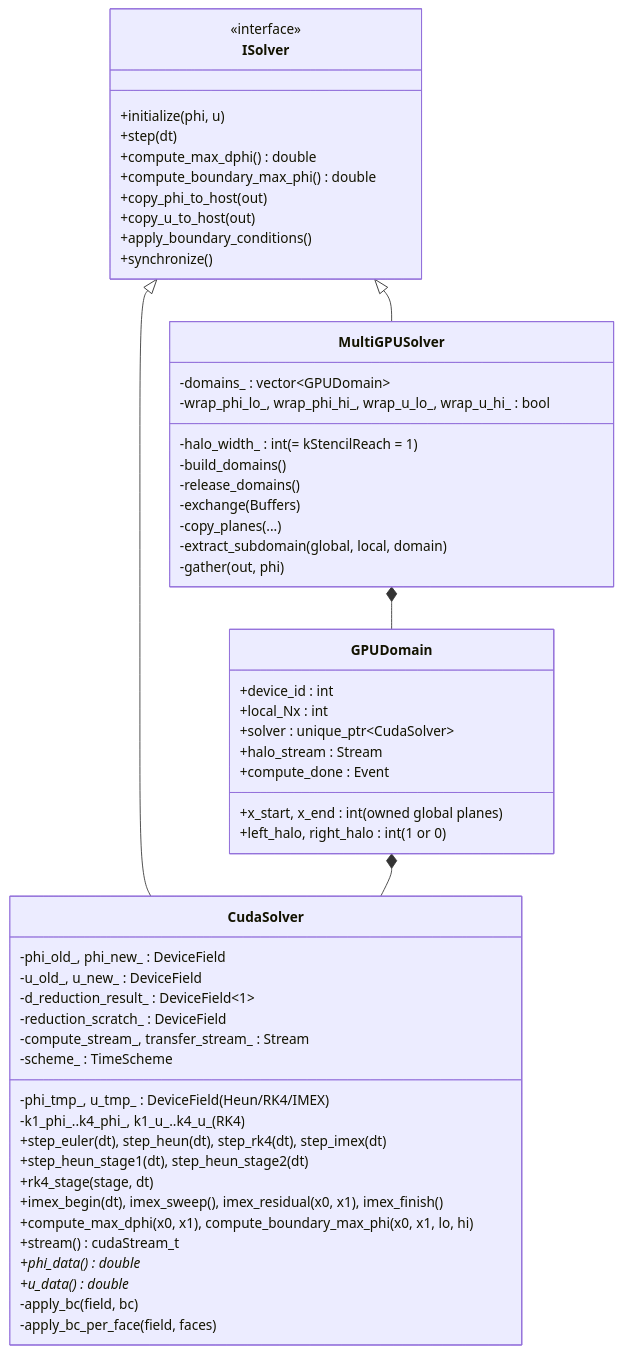
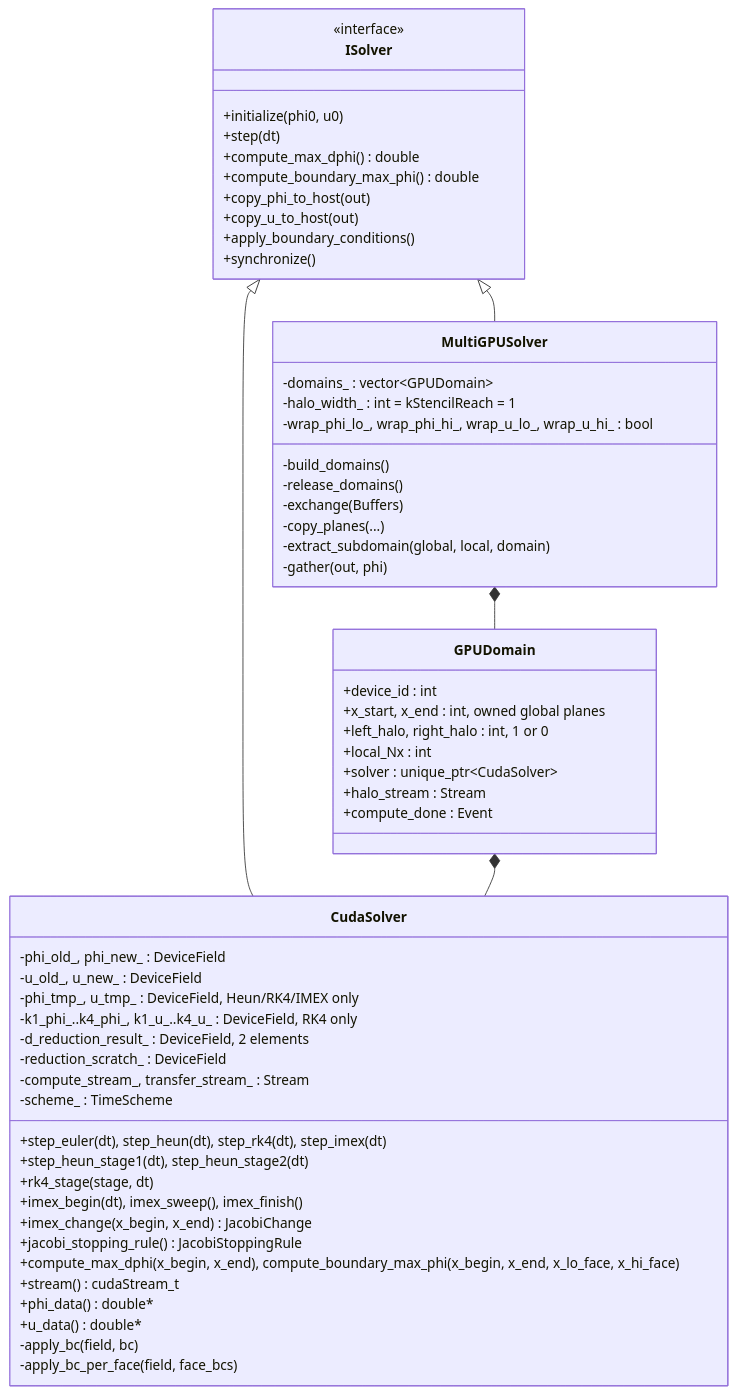
The fourth of 9 diagrams in docs/ARCHITECTURE.md (myousefi2016/Allen-Cahn-CUDA), drawn with Mermaid before and after one commit. The commit also changed other lines of this file and 15 other files, not shown here.

````diff
--- a/docs/ARCHITECTURE.md
+++ b/docs/ARCHITECTURE.md
@@ -207,62 +207,64 @@
 ```mermaid
 classDiagram
     class ISolver {
         <<interface>>
-        +initialize(phi, u)
+        +initialize(phi0, u0)
         +step(dt)
         +compute_max_dphi() double
         +compute_boundary_max_phi() double
         +copy_phi_to_host(out)
         +copy_u_to_host(out)
         +apply_boundary_conditions()
         +synchronize()
     }
 
     class CudaSolver {
         -phi_old_, phi_new_ : DeviceField
         -u_old_, u_new_ : DeviceField
-        -phi_tmp_, u_tmp_ : DeviceField  (Heun/RK4/IMEX)
-        -k1_phi_..k4_phi_, k1_u_..k4_u_  (RK4)
-        -d_reduction_result_ : DeviceField~1~
+        -phi_tmp_, u_tmp_ : DeviceField, Heun/RK4/IMEX only
+        -k1_phi_..k4_phi_, k1_u_..k4_u_ : DeviceField, RK4 only
+        -d_reduction_result_ : DeviceField, 2 elements
         -reduction_scratch_  : DeviceField
         -compute_stream_, transfer_stream_ : Stream
         -scheme_ : TimeScheme
         +step_euler(dt), step_heun(dt), step_rk4(dt), step_imex(dt)
         +step_heun_stage1(dt), step_heun_stage2(dt)
         +rk4_stage(stage, dt)
-        +imex_begin(dt), imex_sweep(), imex_residual(x0, x1), imex_finish()
-        +compute_max_dphi(x0, x1), compute_boundary_max_phi(x0, x1, lo, hi)
+        +imex_begin(dt), imex_sweep(), imex_finish()
+        +imex_change(x_begin, x_end) JacobiChange
+        +jacobi_stopping_rule() JacobiStoppingRule
+        +compute_max_dphi(x_begin, x_end), compute_boundary_max_phi(x_begin, x_end, x_lo_face, x_hi_face)
         +stream() cudaStream_t
-        +phi_data() double*
-        +u_data() double*
+        +phi_data() double#42;
+        +u_data() double#42;
         -apply_bc(field, bc)
-        -apply_bc_per_face(field, faces)
+        -apply_bc_per_face(field, face_bcs)
     }
 
     class MultiGPUSolver {
         -domains_ : vector~GPUDomain~
-        -halo_width_ : int (= kStencilReach = 1)
+        -halo_width_ : int = kStencilReach = 1
         -wrap_phi_lo_, wrap_phi_hi_, wrap_u_lo_, wrap_u_hi_ : bool
         -build_domains()
         -release_domains()
         -exchange(Buffers)
         -copy_planes(...)
         -extract_subdomain(global, local, domain)
         -gather(out, phi)
     }
 
     class GPUDomain {
         +device_id : int
-        +x_start, x_end : int (owned global planes)
-        +left_halo, right_halo : int (1 or 0)
+        +x_start, x_end : int, owned global planes
+        +left_halo, right_halo : int, 1 or 0
         +local_Nx : int
         +solver : unique_ptr~CudaSolver~
         +halo_stream : Stream
         +compute_done : Event
     }
 
     ISolver <|-- CudaSolver
     ISolver <|-- MultiGPUSolver
     MultiGPUSolver *-- GPUDomain
     GPUDomain *-- CudaSolver
 ```
````
